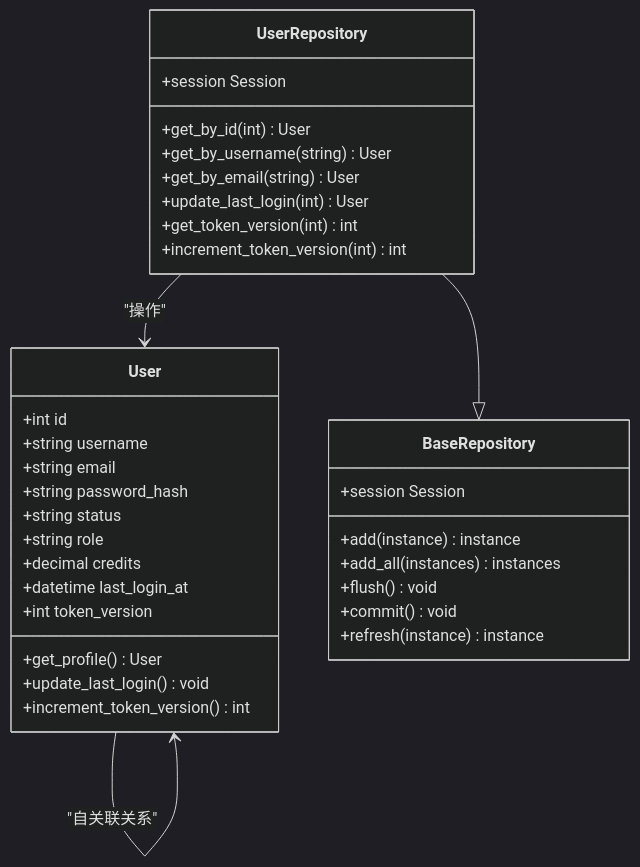
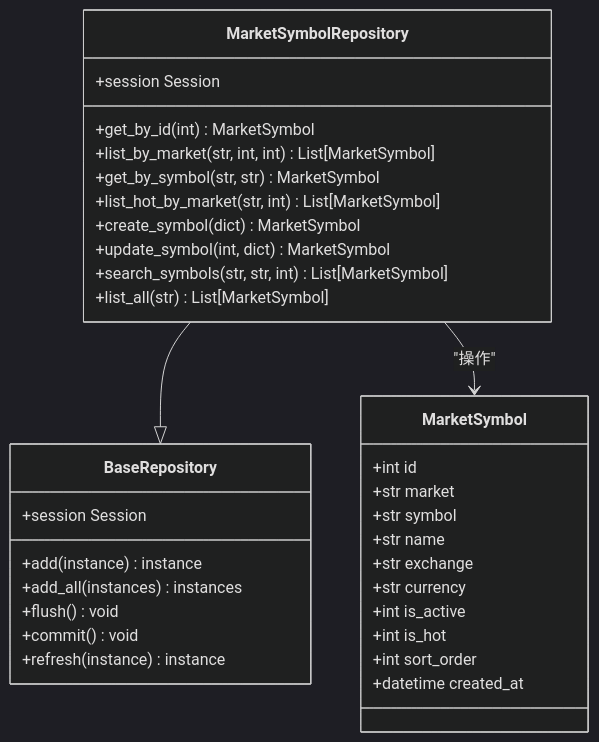
The fourth of 11 diagrams in .qoder/repowiki/zh/content/核心功能模块/数据库现代化与ORM架构.md (joezxh/QuantDinger), drawn with Mermaid (dark theme) before and after one commit. The commit also changed other lines of this file and 28 other files, not shown here.

````diff
--- a/.qoder/repowiki/zh/content/核心功能模块/数据库现代化与ORM架构.md
+++ b/.qoder/repowiki/zh/content/核心功能模块/数据库现代化与ORM架构.md
@@ -193,37 +250,36 @@
 ```mermaid
 classDiagram
-class User {
+class MarketSymbolRepository {
++session Session
++get_by_id(int) MarketSymbol
++list_by_market(str, int, int) List[MarketSymbol]
++get_by_symbol(str, str) MarketSymbol
++list_hot_by_market(str, int) List[MarketSymbol]
++create_symbol(dict) MarketSymbol
++update_symbol(int, dict) MarketSymbol
++search_symbols(str, str, int) List[MarketSymbol]
++list_all(str) List[MarketSymbol]
+}
+class MarketSymbol {
 +int id
-+string username
-+string email
-+string password_hash
-+string status
-+string role
-+decimal credits
-+datetime last_login_at
-+int token_version
-+get_profile() User
-+update_last_login() void
-+increment_token_version() int
-}
-class UserRepository {
-+session Session
-+get_by_id(int) User
-+get_by_username(string) User
-+get_by_email(string) User
-+update_last_login(int) User
-+get_token_version(int) int
-+increment_token_version(int) int
++str market
++str symbol
++str name
++str exchange
++str currency
++int is_active
++int is_hot
++int sort_order
++datetime created_at
 }
 class BaseRepository {
 +session Session
 +add(instance) instance
 +add_all(instances) instances
 +flush() void
 +commit() void
 +refresh(instance) instance
 }
-UserRepository --|> BaseRepository
-UserRepository --> User : "操作"
-User --> User : "自关联关系"
+MarketSymbolRepository --|> BaseRepository
+MarketSymbolRepository --> MarketSymbol : "操作"
 ```
````
